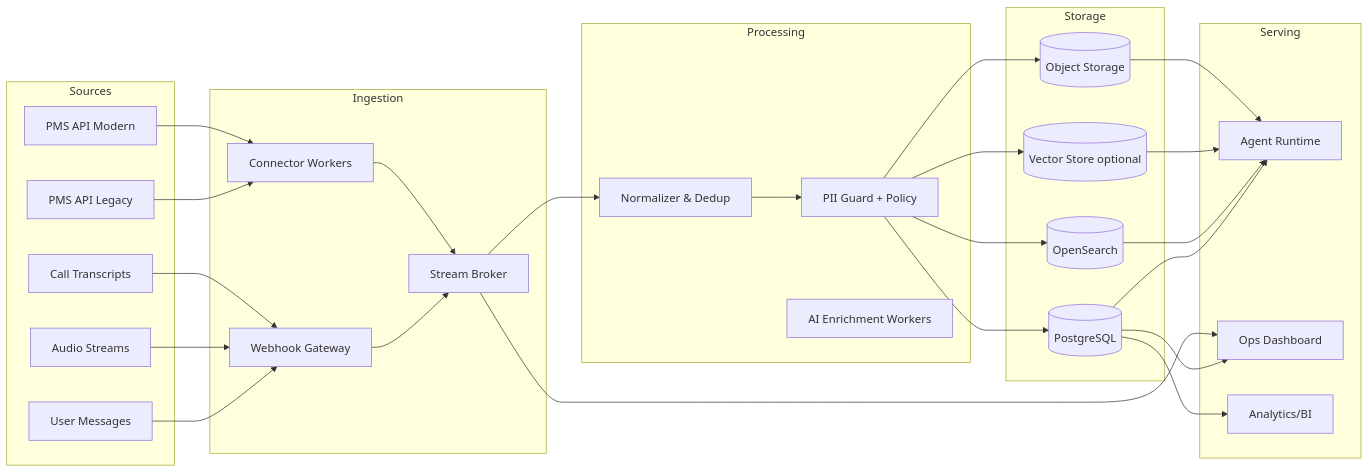
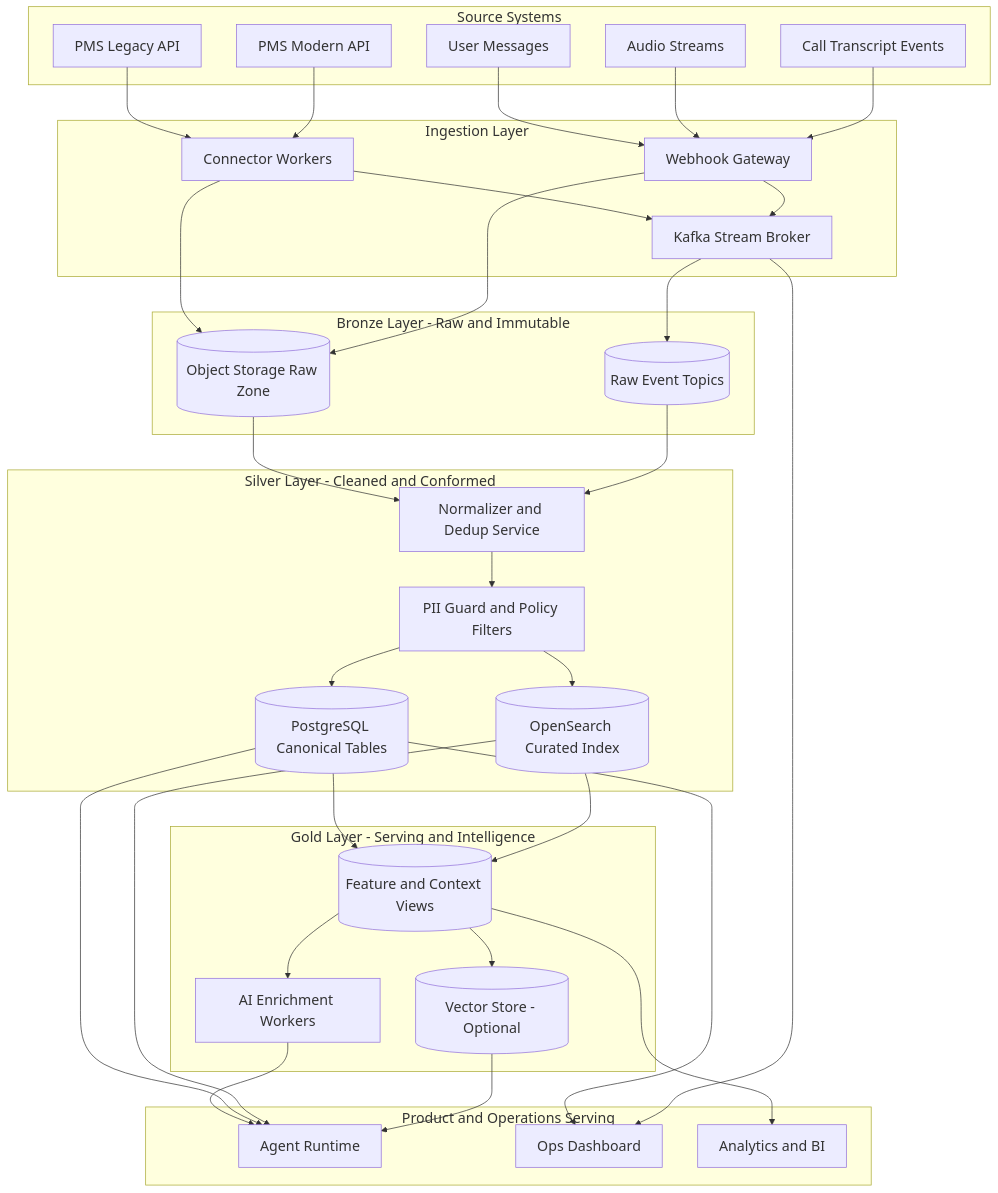
The first of 2 diagrams in README.md (egenc/lightwork-data-engineer-takehome), drawn with Mermaid before and after one commit. The commit also changed other lines of this file, not shown here.

Commit message:
Improve architecture readability and add Airflow/Kubernetes runtime diagram

````diff
--- a/README.md
+++ b/README.md
@@ -117,60 +117,74 @@
 ```mermaid
-flowchart LR
-  subgraph Sources
-    A[PMS API Legacy]
-    B[PMS API Modern]
-    C[User Messages]
-    D[Audio Streams]
-    E[Call Transcripts]
+%%{init: {'themeVariables': {'fontSize': '20px'}}}%%
+flowchart TB
+  subgraph SourceSystems[Source Systems]
+    pmsLegacy[PMS Legacy API]
+    pmsModern[PMS Modern API]
+    userMessages[User Messages]
+    audioStreams[Audio Streams]
+    callTranscripts[Call Transcript Events]
   end
 
-  subgraph Ingestion
-    F[Connector Workers]
-    G[Webhook Gateway]
-    H[Stream Broker]
+  subgraph IngestionLayer[Ingestion Layer]
+    connectorWorkers[Connector Workers]
+    webhookGateway[Webhook Gateway]
+    streamBroker[Kafka Stream Broker]
   end
 
-  subgraph Processing
-    I[Normalizer & Dedup]
-    J[PII Guard + Policy]
-    K[AI Enrichment Workers]
+  subgraph BronzeLayer[Bronze Layer - Raw and Immutable]
+    rawObjectStorage[(Object Storage Raw Zone)]
+    rawEventTopics[(Raw Event Topics)]
   end
 
-  subgraph Storage
-    L[(PostgreSQL)]
-    M[(Object Storage)]
-    N[(OpenSearch)]
-    O[(Vector Store optional)]
+  subgraph SilverLayer[Silver Layer - Cleaned and Conformed]
+    normalizerDedup[Normalizer and Dedup Service]
+    piiPolicy[PII Guard and Policy Filters]
+    canonicalPostgres[(PostgreSQL Canonical Tables)]
+    curatedSearch[(OpenSearch Curated Index)]
   end
 
-  subgraph Serving
-    P[Agent Runtime]
-    Q[Ops Dashboard]
-    R[Analytics/BI]
+  subgraph GoldLayer[Gold Layer - Serving and Intelligence]
+    contextViews[(Feature and Context Views)]
+    vectorStore[(Vector Store - Optional)]
+    aiWorkers[AI Enrichment Workers]
   end
 
-  A --> F
-  B --> F
-  C --> G
-  D --> G
-  E --> G
+  subgraph ProductServing[Product and Operations Serving]
+    agentRuntime[Agent Runtime]
+    opsDashboard[Ops Dashboard]
+    analyticsBI[Analytics and BI]
+  end
 
-  G --> H
-  F --> H
+  pmsLegacy --> connectorWorkers
+  pmsModern --> connectorWorkers
+  userMessages --> webhookGateway
+  audioStreams --> webhookGateway
+  callTranscripts --> webhookGateway
 
-  H --> I
-  I --> J
-  J --> L
-  J --> M
-  J --> N
-  J --> O
+  connectorWorkers --> streamBroker
+  webhookGateway --> streamBroker
 
-  L --> P
-  N --> P
-  O --> P
-  M --> P
+  connectorWorkers --> rawObjectStorage
+  webhookGateway --> rawObjectStorage
+  streamBroker --> rawEventTopics
 
-  L --> Q
-  H --> Q
-  L --> R
+  rawObjectStorage --> normalizerDedup
+  rawEventTopics --> normalizerDedup
+  normalizerDedup --> piiPolicy
+  piiPolicy --> canonicalPostgres
+  piiPolicy --> curatedSearch
+
+  canonicalPostgres --> contextViews
+  curatedSearch --> contextViews
+  contextViews --> aiWorkers
+  contextViews --> vectorStore
+
+  aiWorkers --> agentRuntime
+  canonicalPostgres --> agentRuntime
+  curatedSearch --> agentRuntime
+  vectorStore --> agentRuntime
+
+  canonicalPostgres --> opsDashboard
+  streamBroker --> opsDashboard
+  contextViews --> analyticsBI
 ```
````
